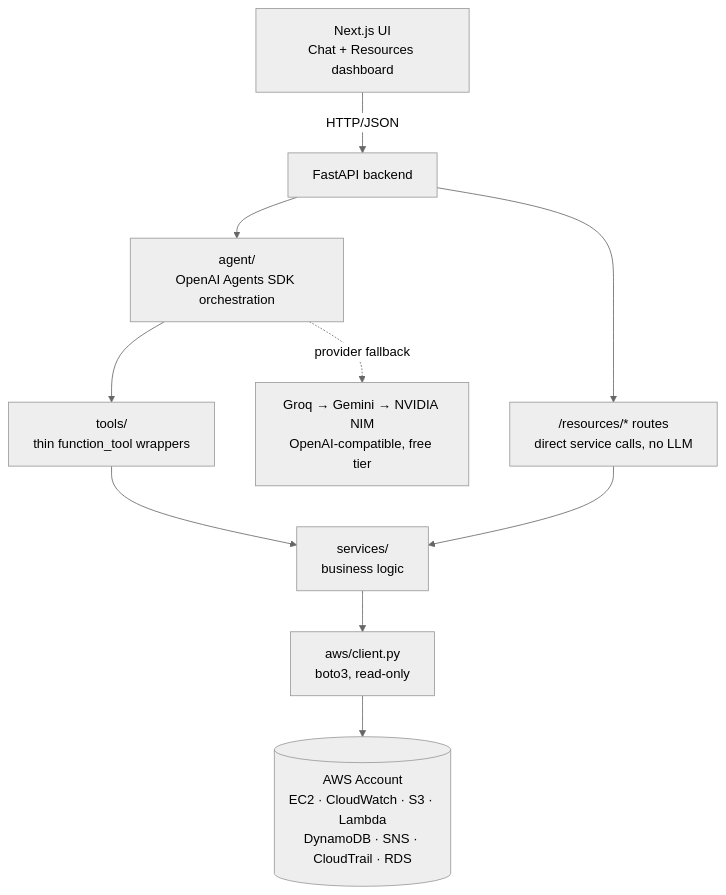
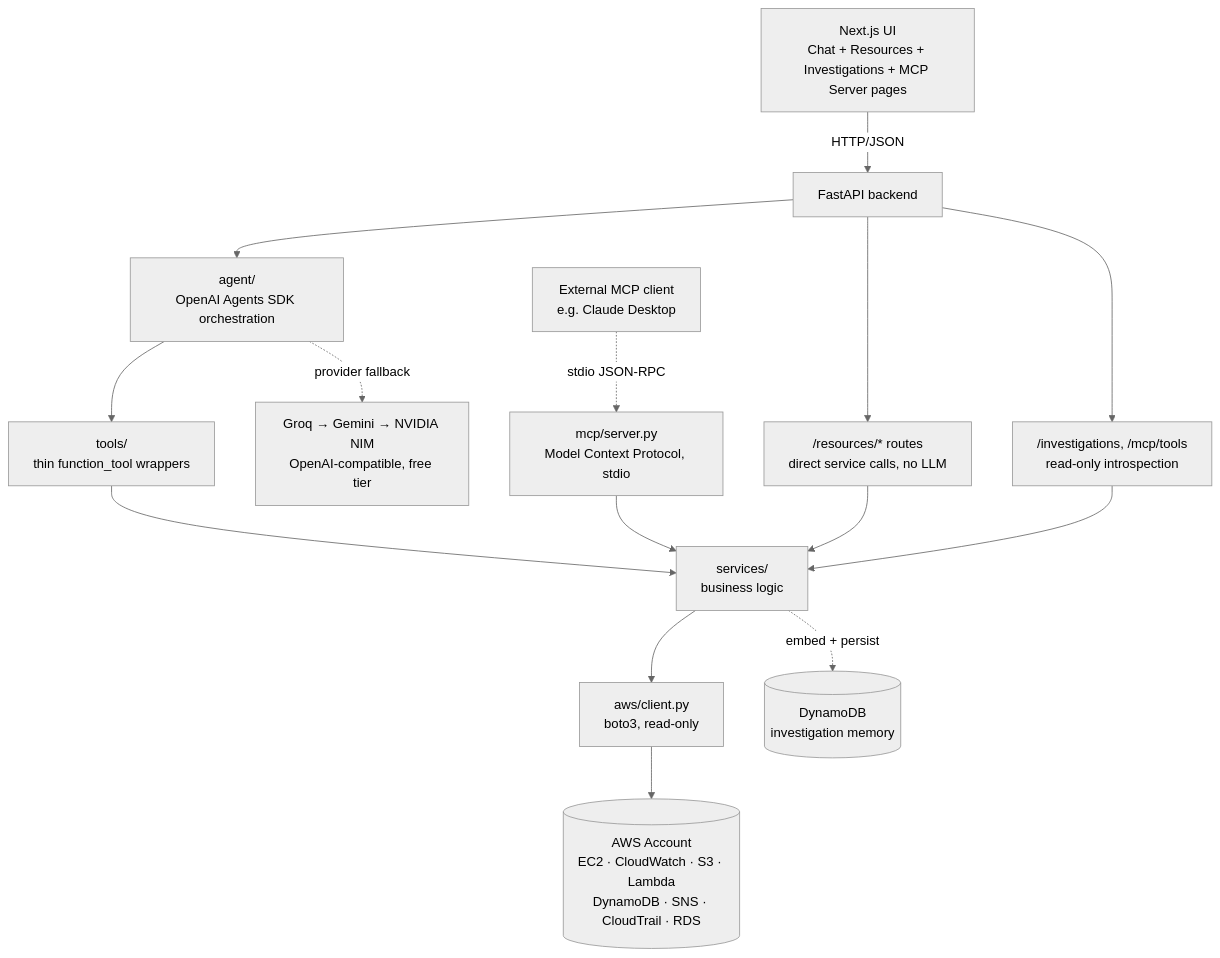
The diagram in README.md (ahmad2474/opspilot-ai), drawn with Mermaid (neutral theme) before and after one commit. The commit also changed other lines of this file, not shown here.

First line of the commit message:
Update README for MCP server + investigation memory, fix dead ADR links

````diff
--- a/README.md
+++ b/README.md
@@ -25,12 +27,17 @@
 ```mermaid
 flowchart TD
-    UI["Next.js UI<br/>Chat + Resources dashboard"] -->|HTTP/JSON| API["FastAPI backend"]
+    UI["Next.js UI<br/>Chat + Resources + Investigations + MCP Server pages"] -->|HTTP/JSON| API["FastAPI backend"]
     API --> Agent["agent/<br/>OpenAI Agents SDK orchestration"]
     API --> Resources["/resources/* routes<br/>direct service calls, no LLM"]
+    API --> Info["/investigations, /mcp/tools<br/>read-only introspection"]
     Agent --> Tools["tools/<br/>thin function_tool wrappers"]
     Tools --> Services["services/<br/>business logic"]
     Resources --> Services
+    Info --> Services
+    MCP["mcp/server.py<br/>Model Context Protocol, stdio"] --> Services
+    ExternalMCP["External MCP client<br/>e.g. Claude Desktop"] -.->|stdio JSON-RPC| MCP
     Services --> AWSClient["aws/client.py<br/>boto3, read-only"]
     AWSClient --> Cloud[("AWS Account<br/>EC2 · CloudWatch · S3 · Lambda<br/>DynamoDB · SNS · CloudTrail · RDS")]
+    Services -.->|embed + persist| DynamoRAG[("DynamoDB<br/>investigation memory")]
     Agent -.->|provider fallback| LLM["Groq → Gemini → NVIDIA NIM<br/>OpenAI-compatible, free tier"]
 ```
````
